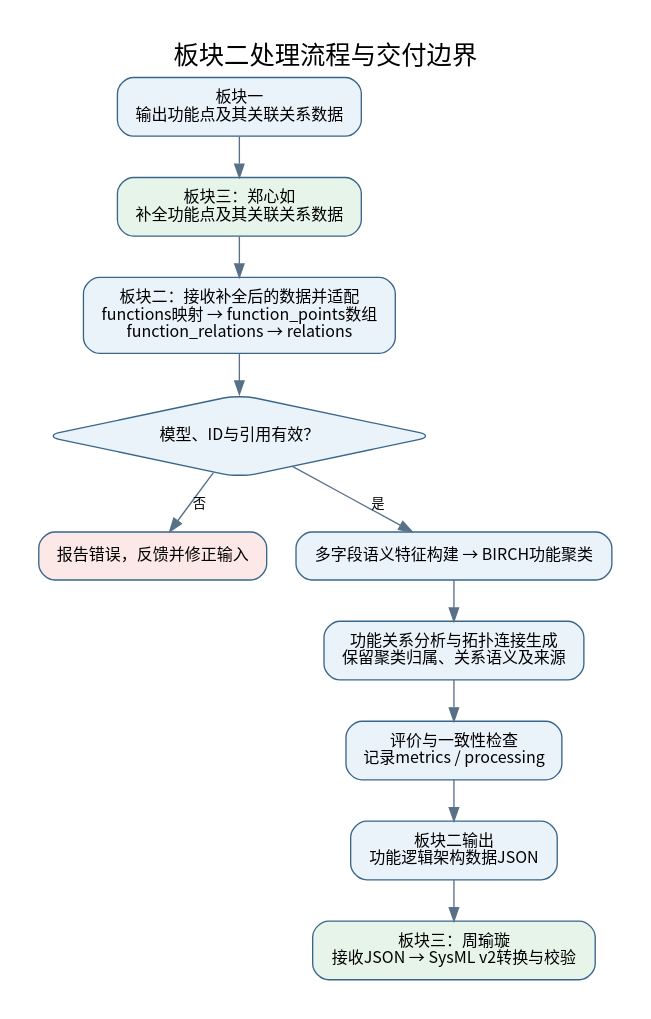
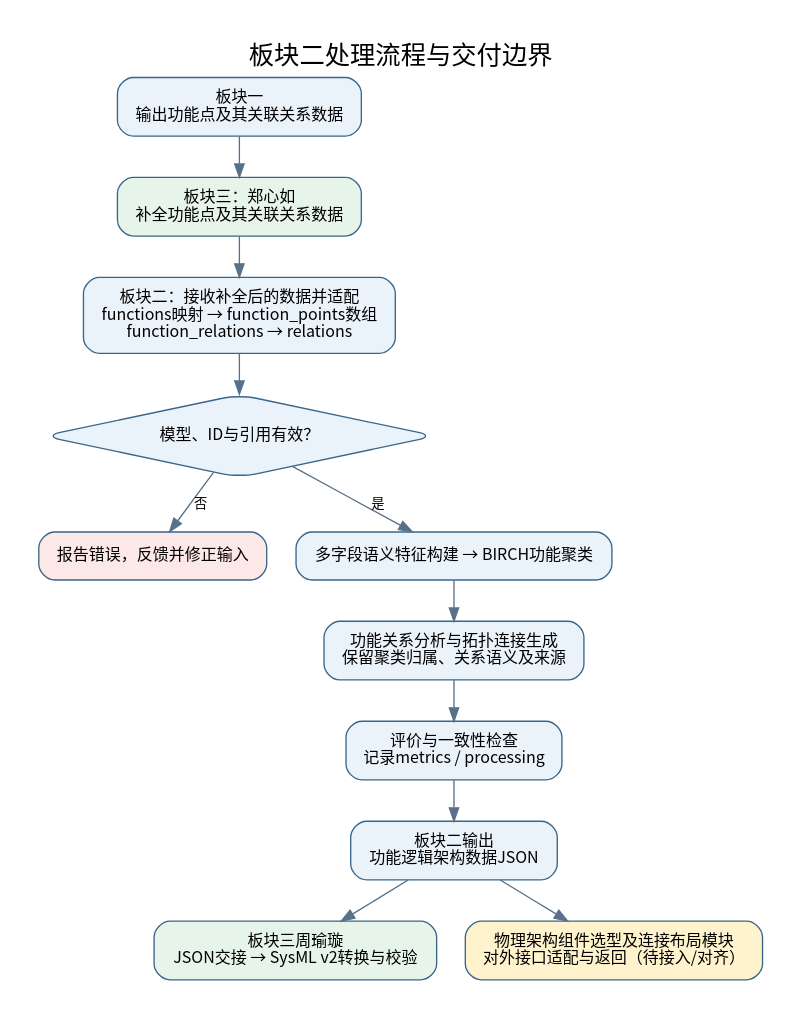
Before and after one commit to yueyunsun77-debug/yueyunsun77-debug: the diagram in 板块二进度说明/01_板块二总体流程.dot, drawn with Graphviz. The commit also changed 8 other files, not shown here.

Commit message:
docs: 按最终图校对Word并明确JSON双输出交接

```diff
--- a/板块二进度说明/01_板块二总体流程.dot
+++ b/板块二进度说明/01_板块二总体流程.dot
@@ -1,17 +1,18 @@
 digraph G {
 graph [rankdir=TB,bgcolor="white",pad=0.3,nodesep=0.3,ranksep=0.4,fontname="Noto Sans CJK SC",fontsize=19];
 node [shape=box,style="rounded,filled",fillcolor="#EAF2FA",color="#38658A",fontname="Noto Sans CJK SC",fontsize=12,margin="0.18,0.12"];
 edge [color="#587188",fontname="Noto Sans CJK SC",fontsize=10];
 label="板块二处理流程与交付边界";labelloc=t;
 a[label="板块一\n输出功能点及其关联关系数据"];
 z[label="板块三：郑心如\n补全功能点及其关联关系数据",fillcolor="#E6F4EA"];
 b[label="板块二：接收补全后的数据并适配\nfunctions映射 → function_points数组\nfunction_relations → relations"];
 c[shape=diamond,label="模型、ID与引用有效？"];
 d[label="报告错误，反馈并修正输入",fillcolor="#FCE8E6"];
 e[label="多字段语义特征构建 → BIRCH功能聚类"];
 f[label="功能关系分析与拓扑连接生成\n保留聚类归属、关系语义及来源"];
 g[label="评价与一致性检查\n记录metrics / processing"];
 h[label="板块二输出\n功能逻辑架构数据JSON"];
-j[label="板块三：周瑜璇\n接收JSON → SysML v2转换与校验",fillcolor="#E6F4EA"];
-a->z->b->c;c->d[label="否"];c->e[label="是"];e->f->g->h->j;
+j[label="板块三周瑜璇\nJSON交接 → SysML v2转换与校验",fillcolor="#E6F4EA"];
+i[label="物理架构组件选型及连接布局模块\n对外接口适配与返回（待接入/对齐）",fillcolor="#FFF3CD"];
+a->z->b->c;c->d[label="否"];c->e[label="是"];e->f->g->h;h->i;h->j;
 }
```
